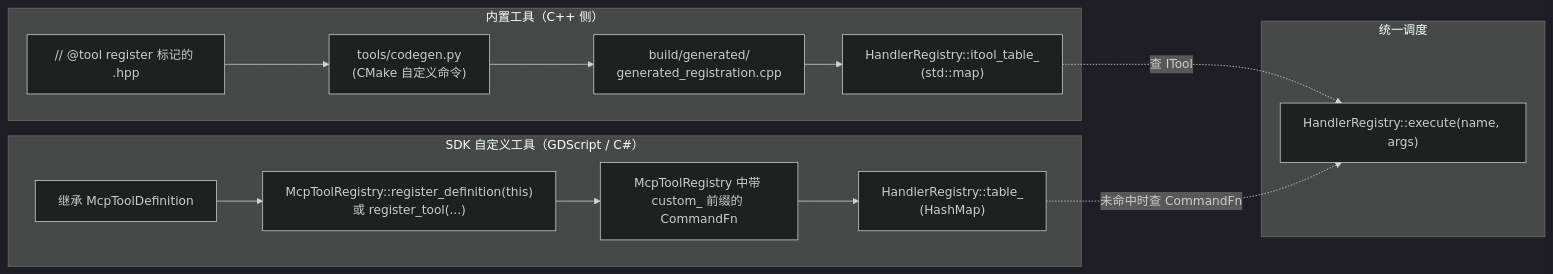
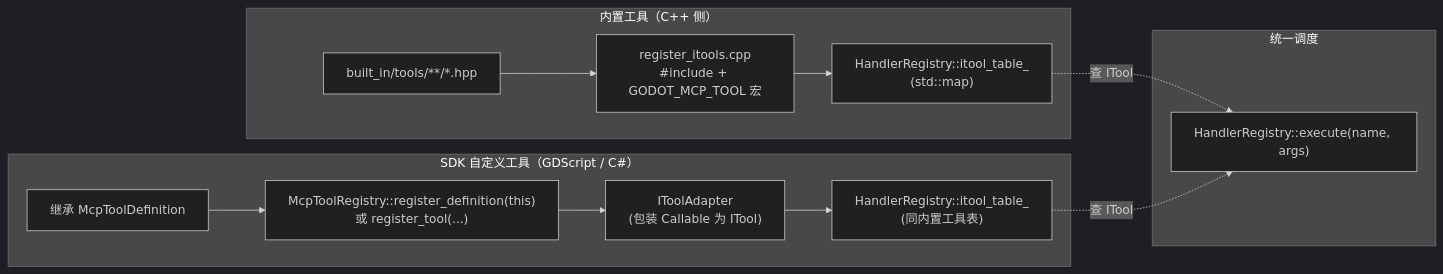
Before and after one commit to jesspig/GodotMCP-GDExtension: the third of 3 diagrams in .repo_wiki/overview/architecture.md, drawn with Mermaid (dark theme). The commit also changed other lines of this file and 33 other files, not shown here.

````diff
--- a/.repo_wiki/overview/architecture.md
+++ b/.repo_wiki/overview/architecture.md
@@ -152,22 +153,21 @@
 ```mermaid
 flowchart LR
     subgraph BuiltIn["内置工具（C++ 侧）"]
-        HPP["// @tool register 标记的 .hpp"]
-        CODEGEN["tools/codegen.py<br/>(CMake 自定义命令)"]
-        GEN["build/generated/<br/>generated_registration.cpp"]
+        HPP["built_in/tools/**/*.hpp"]
+        XMACRO["register_itools.cpp<br/>#include + GODOT_MCP_TOOL 宏"]
         ITBL["HandlerRegistry::itool_table_<br/>(std::map)"]
-        HPP --> CODEGEN --> GEN --> ITBL
+        HPP --> XMACRO --> ITBL
     end
     subgraph SDK["SDK 自定义工具（GDScript / C#）"]
         DEF["继承 McpToolDefinition"]
         REG["McpToolRegistry::register_definition(this)<br/>或 register_tool(...)"]
-        CUSTOM["McpToolRegistry 中带 custom_ 前缀的 CommandFn"]
-        TBL["HandlerRegistry::table_<br/>(HashMap<String, CommandFn>)"]
-        DEF --> REG --> CUSTOM --> TBL
+        ADAPTER["IToolAdapter<br/>(包装 Callable 为 ITool)"]
+        ITBL2["HandlerRegistry::itool_table_<br/>(同内置工具表)"]
+        DEF --> REG --> ADAPTER --> ITBL2
     end
     subgraph Dispatch["统一调度"]
         EXEC["HandlerRegistry::execute(name, args)"]
         ITBL -.查 ITool.-> EXEC
-        TBL -.未命中时查 CommandFn.-> EXEC
+        ITBL2 -.查 ITool.-> EXEC
     end
 ```
````
